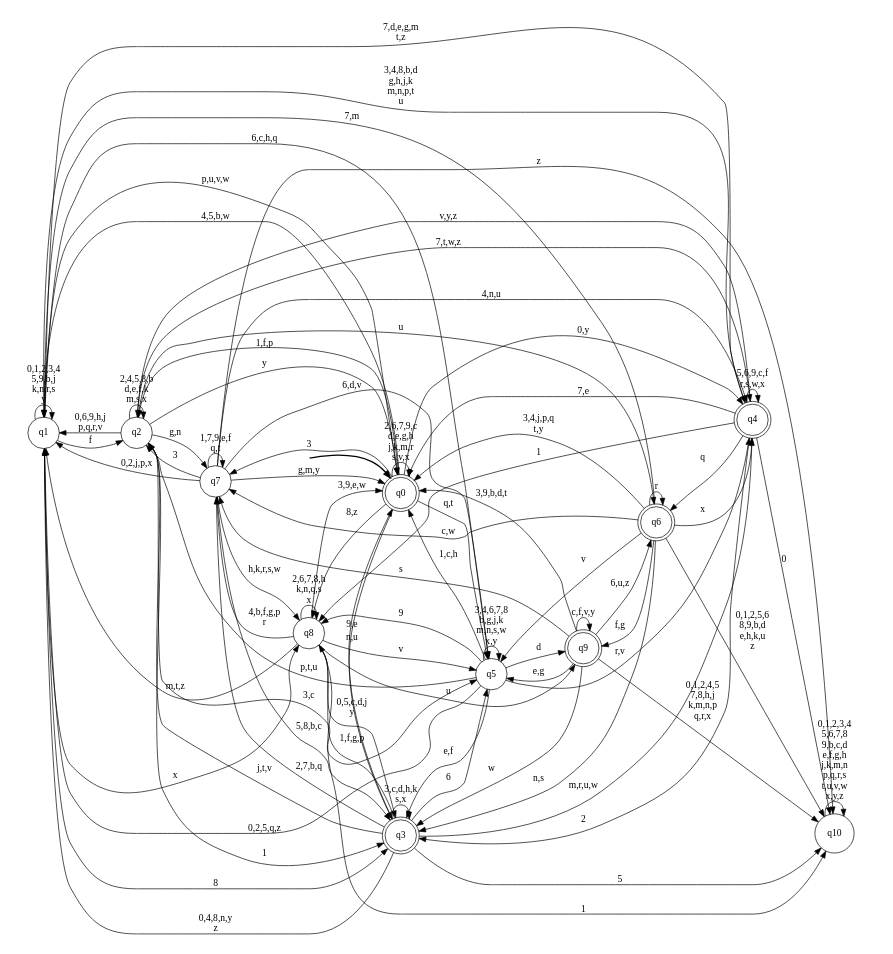
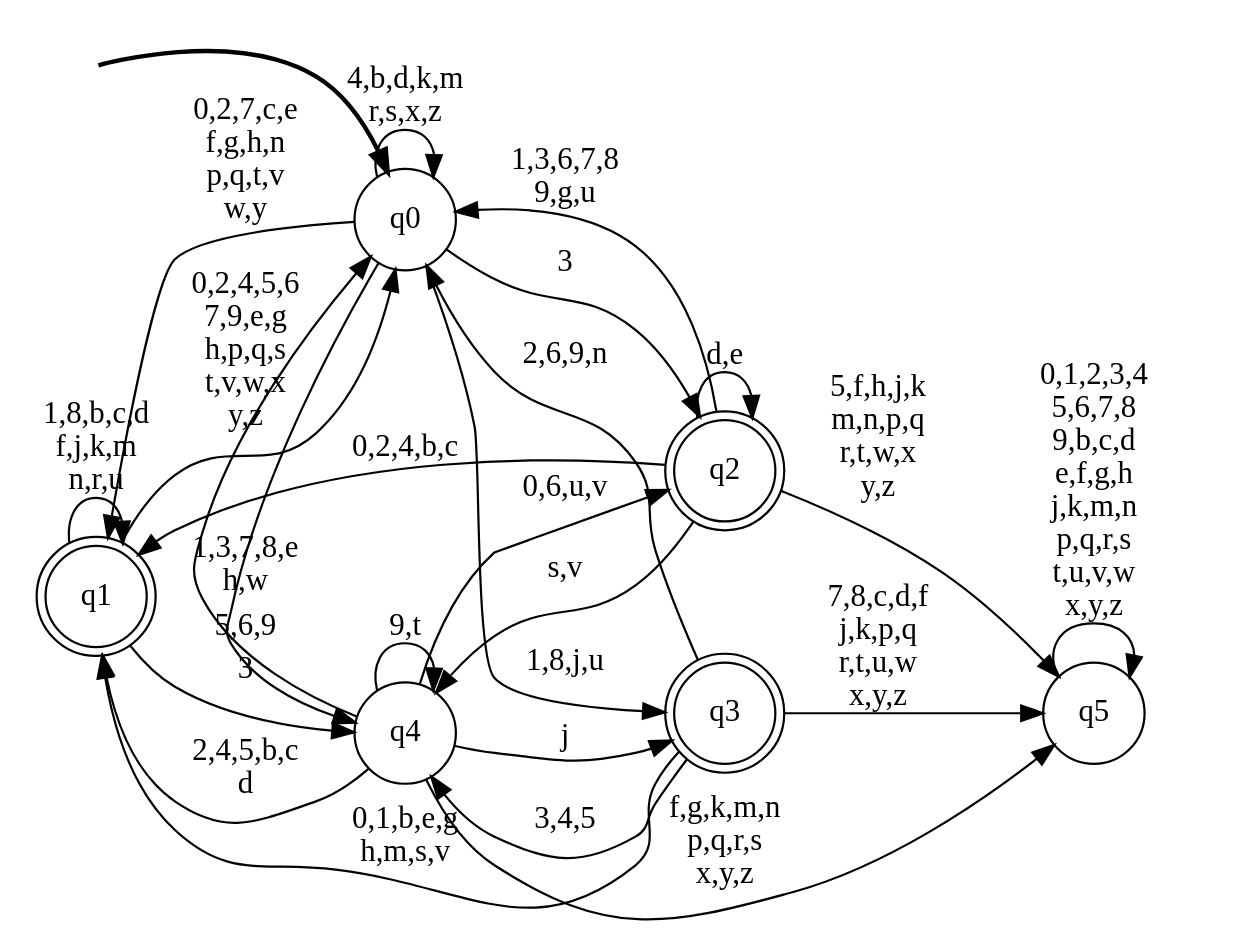
One commit to gabrer/mobility_similarity_exp changed the diagram in dfas_of_users/004.dot. Above: the diagram before and after it, drawn with Graphviz. The commit also changed 4997 other files, not shown here.

```diff
--- a/dfas_of_users/004.dot
+++ b/dfas_of_users/004.dot
@@ -1,106 +1,43 @@
 digraph DFA {
 __start0 [style = invis, shape = none, label = "", width = 0, height = 0];
 
 rankdir=LR;
 size="8,5";
 
-s0 [style="rounded,filled", color="black", fillcolor="white" shape="doublecircle", label="q0"];
-s1 [style="filled", color="black", fillcolor="white" shape="circle", label="q1"];
-s2 [style="filled", color="black", fillcolor="white" shape="circle", label="q2"];
+s0 [style="filled", color="black", fillcolor="white" shape="circle", label="q0"];
+s1 [style="rounded,filled", color="black", fillcolor="white" shape="doublecircle", label="q1"];
+s2 [style="rounded,filled", color="black", fillcolor="white" shape="doublecircle", label="q2"];
 s3 [style="rounded,filled", color="black", fillcolor="white" shape="doublecircle", label="q3"];
-s4 [style="rounded,filled", color="black", fillcolor="white" shape="doublecircle", label="q4"];
+s4 [style="filled", color="black", fillcolor="white" shape="circle", label="q4"];
 s5 [style="filled", color="black", fillcolor="white" shape="circle", label="q5"];
-s6 [style="rounded,filled", color="black", fillcolor="white" shape="doublecircle", label="q6"];
-s7 [style="filled", color="black", fillcolor="white" shape="circle", label="q7"];
-s8 [style="filled", color="black", fillcolor="white" shape="circle", label="q8"];
-s9 [style="rounded,filled", color="black", fillcolor="white" shape="doublecircle", label="q9"];
-s10 [style="filled", color="black", fillcolor="white" shape="circle", label="q10"];
 subgraph cluster_main { 
 	graph [pad=".75", ranksep="0.15", nodesep="0.15"];
 	 style=invis; 
 	__start0 -> s0 [penwidth=2];
 }
-s0 -> s0 [label="2,6,7,9,c\nd,e,g,h\nj,k,m,r\ns,v,x"];
-s0 -> s1 [label="4,5,b,w"];
-s0 -> s2 [label="1,f,p"];
-s0 -> s3 [label="n,u"];
-s0 -> s4 [label="0,y"];
-s0 -> s5 [label="q,t"];
-s0 -> s7 [label="3"];
-s0 -> s8 [label="8,z"];
-s1 -> s0 [label="p,u,v,w"];
-s1 -> s1 [label="0,1,2,3,4\n5,9,b,j\nk,n,r,s\ny"];
-s1 -> s2 [label="f"];
-s1 -> s3 [label="8"];
-s1 -> s4 [label="7,d,e,g,m\nt,z"];
-s1 -> s5 [label="6,c,h,q"];
-s1 -> s8 [label="x"];
-s2 -> s0 [label="y"];
-s2 -> s1 [label="0,6,9,h,j\np,q,r,v"];
-s2 -> s2 [label="2,4,5,8,b\nd,e,f,k\nm,s,x"];
-s2 -> s3 [label="1"];
-s2 -> s4 [label="7,t,w,z"];
-s2 -> s5 [label="3,c"];
-s2 -> s6 [label="u"];
-s2 -> s7 [label="g,n"];
-s3 -> s0 [label="9,e"];
-s3 -> s1 [label="0,4,8,n,y\nz"];
-s3 -> s2 [label="j,t,v"];
-s3 -> s3 [label="3,c,d,h,k\ns,x"];
-s3 -> s4 [label="m,r,u,w"];
-s3 -> s5 [label="6"];
-s3 -> s7 [label="2,7,b,q"];
-s3 -> s8 [label="1,f,g,p"];
-s3 -> s10 [label="5"];
-s4 -> s0 [label="7,e"];
-s4 -> s1 [label="3,4,8,b,d\ng,h,j,k\nm,n,p,t\nu"];
-s4 -> s2 [label="v,y,z"];
-s4 -> s3 [label="2"];
-s4 -> s4 [label="5,6,9,c,f\nr,s,w,x"];
-s4 -> s6 [label="q"];
-s4 -> s8 [label="1"];
-s4 -> s10 [label="0"];
-s5 -> s0 [label="1,c,h"];
-s5 -> s1 [label="0,2,5,q,z"];
-s5 -> s2 [label="p,t,u"];
-s5 -> s3 [label="e,f"];
-s5 -> s4 [label="r,v"];
-s5 -> s5 [label="3,4,6,7,8\nb,g,j,k\nm,n,s,w\nx,y"];
-s5 -> s8 [label="9"];
-s5 -> s9 [label="d"];
-s6 -> s0 [label="3,4,j,p,q\nt,y"];
-s6 -> s1 [label="7,m"];
-s6 -> s3 [label="n,s"];
-s6 -> s4 [label="x"];
-s6 -> s5 [label="v"];
-s6 -> s6 [label="r"];
-s6 -> s7 [label="c,w"];
-s6 -> s9 [label="f,g"];
-s6 -> s10 [label="0,1,2,5,6\n8,9,b,d\ne,h,k,u\nz"];
-s7 -> s0 [label="g,m,y"];
-s7 -> s1 [label="0,2,j,p,x"];
-s7 -> s2 [label="3"];
-s7 -> s3 [label="5,8,b,c"];
-s7 -> s4 [label="4,n,u"];
-s7 -> s5 [label="6,d,v"];
-s7 -> s7 [label="1,7,9,e,f\nq,t"];
-s7 -> s8 [label="h,k,r,s,w"];
-s7 -> s10 [label="z"];
-s8 -> s0 [label="3,9,e,w"];
-s8 -> s1 [label="m,t,z"];
-s8 -> s3 [label="0,5,c,d,j\ny"];
-s8 -> s5 [label="v"];
-s8 -> s7 [label="4,b,f,g,p\nr"];
-s8 -> s8 [label="2,6,7,8,h\nk,n,q,s\nx"];
-s8 -> s9 [label="u"];
-s8 -> s10 [label="1"];
-s9 -> s0 [label="3,9,b,d,t"];
-s9 -> s3 [label="w"];
-s9 -> s5 [label="e,g"];
-s9 -> s6 [label="6,u,z"];
-s9 -> s7 [label="s"];
-s9 -> s9 [label="c,f,v,y"];
-s9 -> s10 [label="0,1,2,4,5\n7,8,h,j\nk,m,n,p\nq,r,x"];
-s10 -> s10 [label="0,1,2,3,4\n5,6,7,8\n9,b,c,d\ne,f,g,h\nj,k,m,n\np,q,r,s\nt,u,v,w\nx,y,z"];
+s0 -> s0 [label="4,b,d,k,m\nr,s,x,z"];
+s0 -> s1 [label="0,2,7,c,e\nf,g,h,n\np,q,t,v\nw,y"];
+s0 -> s2 [label="3"];
+s0 -> s3 [label="1,8,j,u"];
+s0 -> s4 [label="5,6,9"];
+s1 -> s0 [label="0,2,4,5,6\n7,9,e,g\nh,p,q,s\nt,v,w,x\ny,z"];
+s1 -> s1 [label="1,8,b,c,d\nf,j,k,m\nn,r,u"];
+s1 -> s4 [label="3"];
+s2 -> s0 [label="1,3,6,7,8\n9,g,u"];
+s2 -> s1 [label="0,2,4,b,c"];
+s2 -> s2 [label="d,e"];
+s2 -> s4 [label="s,v"];
+s2 -> s5 [label="5,f,h,j,k\nm,n,p,q\nr,t,w,x\ny,z"];
+s3 -> s0 [label="2,6,9,n"];
+s3 -> s1 [label="0,1,b,e,g\nh,m,s,v"];
+s3 -> s4 [label="3,4,5"];
+s3 -> s5 [label="7,8,c,d,f\nj,k,p,q\nr,t,u,w\nx,y,z"];
+s4 -> s0 [label="1,3,7,8,e\nh,w"];
+s4 -> s1 [label="2,4,5,b,c\nd"];
+s4 -> s2 [label="0,6,u,v"];
+s4 -> s3 [label="j"];
+s4 -> s4 [label="9,t"];
+s4 -> s5 [label="f,g,k,m,n\np,q,r,s\nx,y,z"];
+s5 -> s5 [label="0,1,2,3,4\n5,6,7,8\n9,b,c,d\ne,f,g,h\nj,k,m,n\np,q,r,s\nt,u,v,w\nx,y,z"];
 
 }
```
